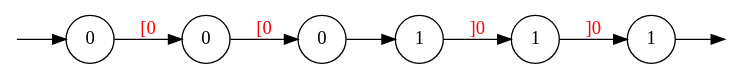
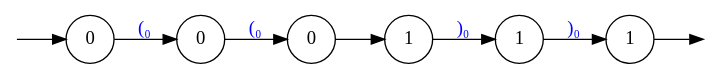
The diagram in text/graphs/example_path_d_2.dot (0Marble/lgraphs), drawn with Graphviz before and after one commit. The commit also changed 36 other files, not shown here.

```diff
--- a/text/graphs/example_path_d_2.dot
+++ b/text/graphs/example_path_d_2.dot
@@ -1,21 +1,20 @@
 digraph {
         node [shape=circle];
         Q0 [style=invisible, height=0, width=0, fixedsize=true];
         Q1 [style=invisible, height=0, width=0, fixedsize=true];
         graph [rankdir="LR"];
         3 [label="1"];
         2 [label="0"];
         1 [label="0"];
         0 [label="0"];
         4 [label="1"];
         5 [label="1"];
 
         Q0 -> 0;
-
         5 -> Q1;
-        0 -> 1  [label="[0", fontcolor=red];
-        1 -> 2  [label="[0", fontcolor=red];
+        0 -> 1  [label=<<FONT COLOR="blue">(₀</FONT>> ];
+        1 -> 2  [label=<<FONT COLOR="blue">(₀</FONT>> ];
         2 -> 3 ;
-        3 -> 4  [label="]0", fontcolor=red];
-        4 -> 5  [label="]0", fontcolor=red];
+        3 -> 4  [label=<<FONT COLOR="blue">)₀</FONT>> ];
+        4 -> 5  [label=<<FONT COLOR="blue">)₀</FONT>> ];
 }
```
